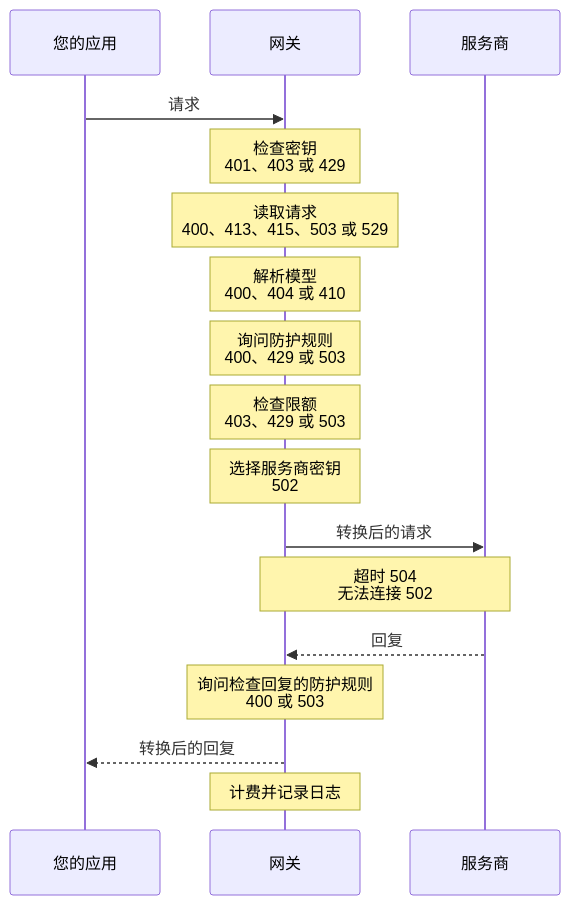
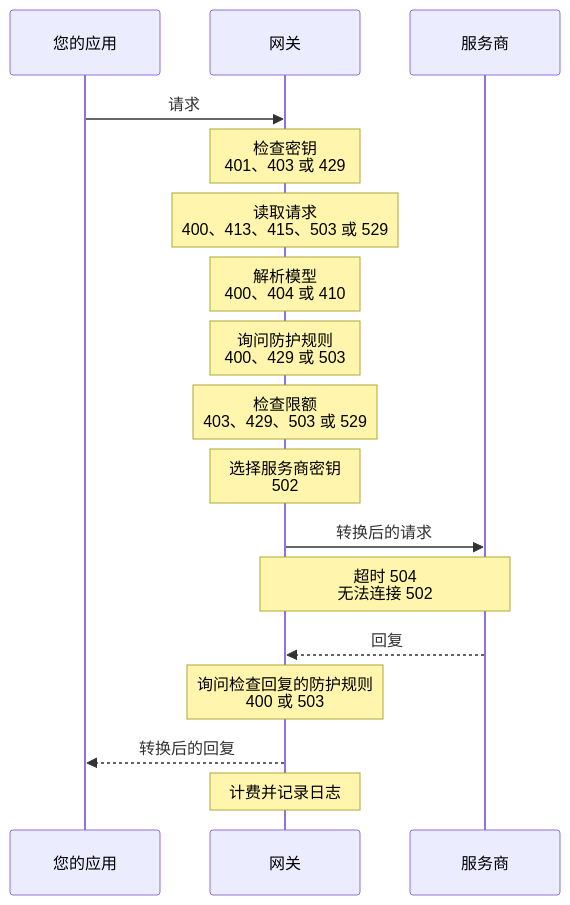
One commit to logicplanes/kaeso changed the diagram in apps/docs/content/zh-CN/concepts/request-flow.md. Above: the diagram before and after it, drawn with Mermaid. The commit also changed other lines of this file and 20 other files, not shown here.

````diff
--- a/apps/docs/content/zh-CN/concepts/request-flow.md
+++ b/apps/docs/content/zh-CN/concepts/request-flow.md
@@ -9,21 +9,21 @@
 ```mermaid
 sequenceDiagram
   accTitle: 请求流程
   accDescr: 应用把请求发送给网关。网关检查密钥、读取请求、解析模型、询问项目的防护规则、检查限额并选择服务商密钥，每项检查都可能以图中的状态码拒绝请求。随后它把转换后的请求发送给服务商，询问检查回复的防护规则，把转换后的回复返回给应用，再计费并记录请求日志。
   participant App as 您的应用
   participant Gateway as 网关
   participant Provider as 服务商
   App->>Gateway: 请求
   Note over Gateway: 检查密钥<br>401、403 或 429
   Note over Gateway: 读取请求<br>400、413、415、503 或 529
   Note over Gateway: 解析模型<br>400、404 或 410
   Note over Gateway: 询问防护规则<br>400、429 或 503
-  Note over Gateway: 检查限额<br>403、429 或 503
+  Note over Gateway: 检查限额<br>403、429、503 或 529
   Note over Gateway: 选择服务商密钥<br>502
   Gateway->>Provider: 转换后的请求
   Note over Gateway,Provider: 超时 504<br>无法连接 502
   Provider-->>Gateway: 回复
   Note over Gateway: 询问检查回复的防护规则<br>400 或 503
   Gateway-->>App: 转换后的回复
   Note over Gateway: 计费并记录日志
 ```
````
